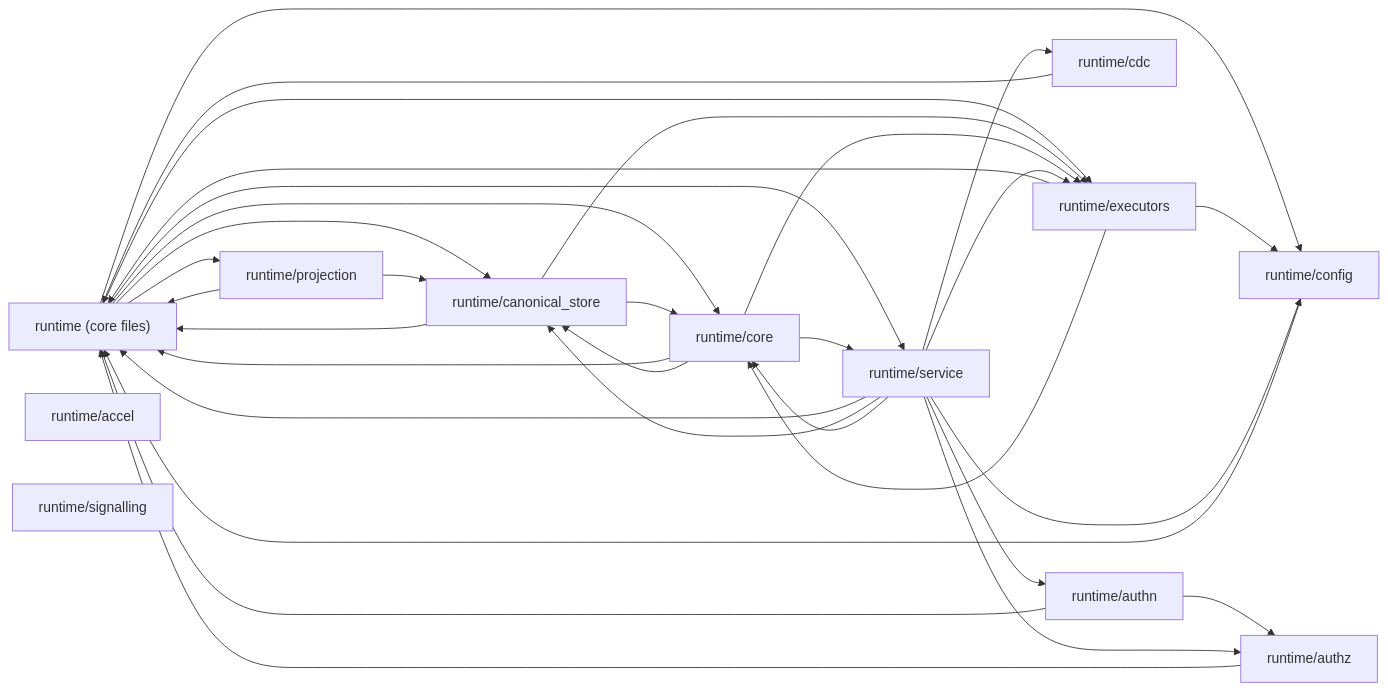
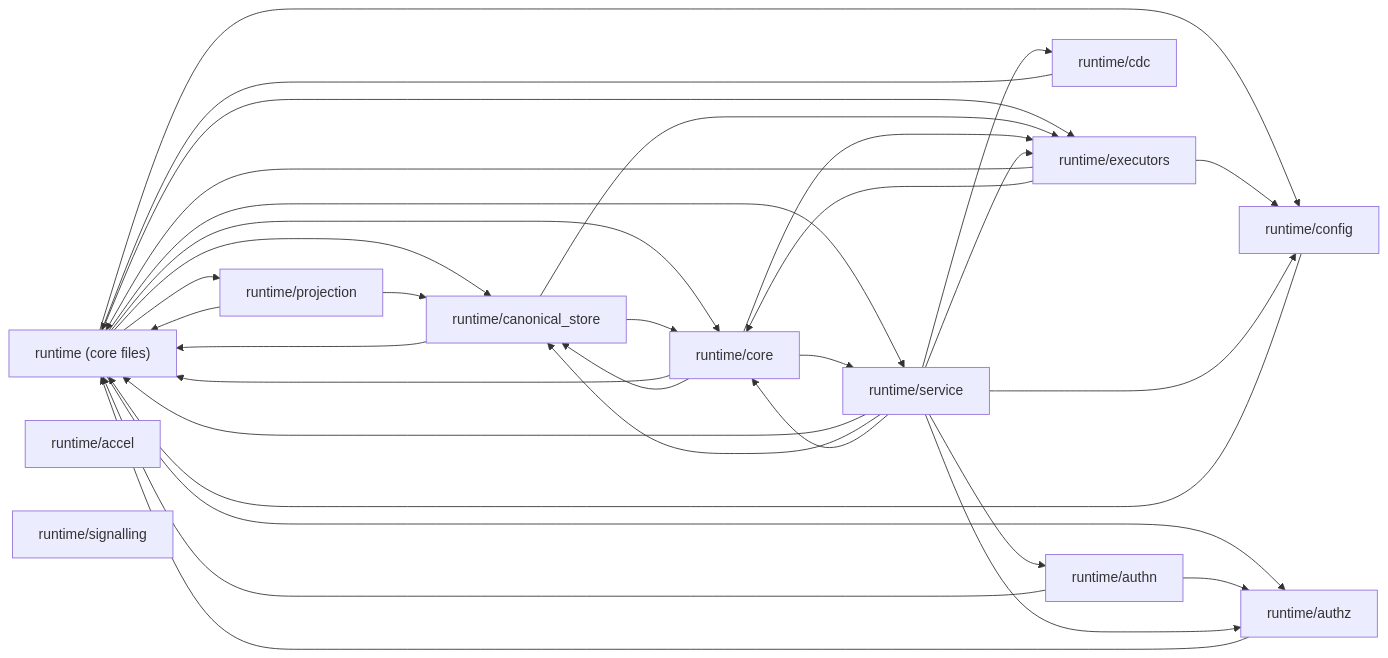
The second of 2 diagrams in docs/generated/codebase-map.md (fahara02/udb), drawn with Mermaid before and after one commit. The commit also changed other lines of this file and 8 other files, not shown here.

````diff
--- a/docs/generated/codebase-map.md
+++ b/docs/generated/codebase-map.md
@@ -56,46 +56,47 @@
 ```mermaid
 graph LR
   runtime__core_files_["runtime (core files)"]
   runtime_accel["runtime/accel"]
   runtime_authn["runtime/authn"]
   runtime_authz["runtime/authz"]
   runtime_canonical_store["runtime/canonical_store"]
   runtime_cdc["runtime/cdc"]
   runtime_config["runtime/config"]
   runtime_core["runtime/core"]
   runtime_executors["runtime/executors"]
   runtime_projection["runtime/projection"]
   runtime_service["runtime/service"]
   runtime_signalling["runtime/signalling"]
+  runtime__core_files_ --> runtime_authz
   runtime__core_files_ --> runtime_canonical_store
   runtime__core_files_ --> runtime_config
   runtime__core_files_ --> runtime_core
   runtime__core_files_ --> runtime_executors
   runtime__core_files_ --> runtime_projection
   runtime__core_files_ --> runtime_service
   runtime_authn --> runtime__core_files_
   runtime_authn --> runtime_authz
   runtime_authz --> runtime__core_files_
   runtime_canonical_store --> runtime__core_files_
   runtime_canonical_store --> runtime_core
   runtime_canonical_store --> runtime_executors
   runtime_cdc --> runtime__core_files_
   runtime_config --> runtime__core_files_
   runtime_core --> runtime__core_files_
   runtime_core --> runtime_canonical_store
   runtime_core --> runtime_executors
   runtime_core --> runtime_service
   runtime_executors --> runtime__core_files_
   runtime_executors --> runtime_config
   runtime_executors --> runtime_core
   runtime_projection --> runtime__core_files_
   runtime_projection --> runtime_canonical_store
   runtime_service --> runtime__core_files_
   runtime_service --> runtime_authn
   runtime_service --> runtime_authz
   runtime_service --> runtime_canonical_store
   runtime_service --> runtime_cdc
   runtime_service --> runtime_config
   runtime_service --> runtime_core
   runtime_service --> runtime_executors
 ```
````
